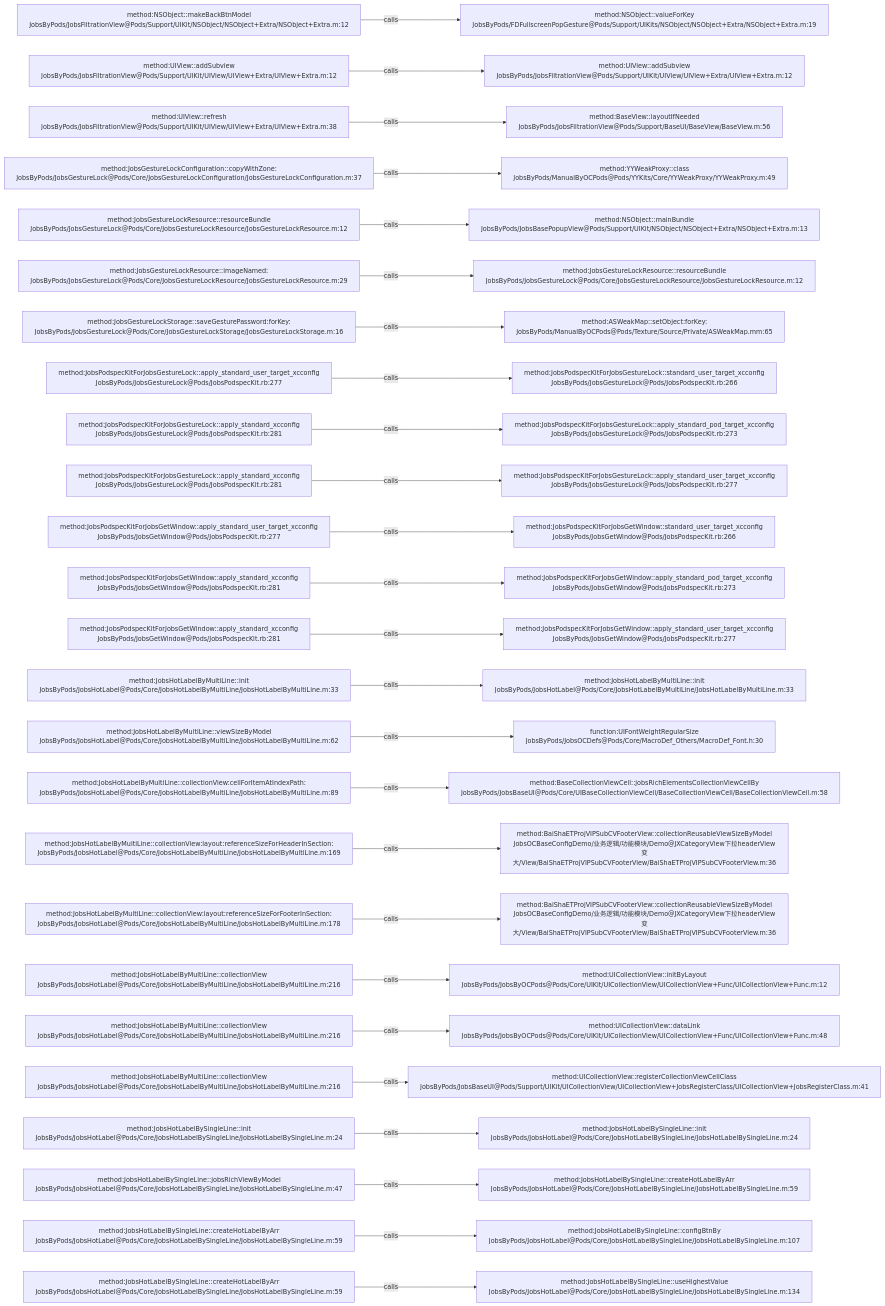
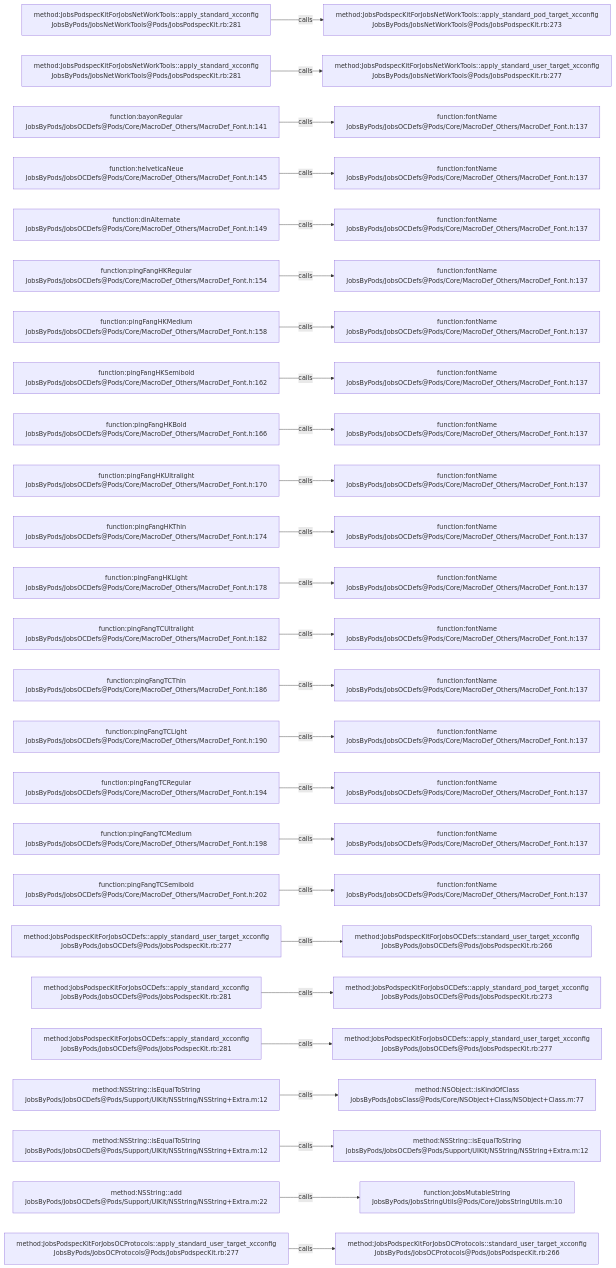
Before and after one commit to JobsKits/JobsOCBaseConfigDemo: the diagram in .codegraph/codegraph.md/graphs/calls-095.md, drawn with Mermaid. The commit also changed 573 other files, not shown here.

````diff
--- a/.codegraph/codegraph.md/graphs/calls-095.md
+++ b/.codegraph/codegraph.md/graphs/calls-095.md
@@ -13,78 +13,78 @@
 ```mermaid
 flowchart LR
-  S1["method:NSObject::makeBackBtnModel<br/>JobsByPods/JobsFiltrationView@Pods/Support/UIKit/NSObject/NSObject+Extra/NSObject+Extra.m:12"]
-  T1["method:NSObject::valueForKey<br/>JobsByPods/FDFullscreenPopGesture@Pods/Support/UIKits/NSObject/NSObject+Extra/NSObject+Extra.m:19"]
+  S1["method:JobsPodspecKitForJobsNetWorkTools::apply_standard_xcconfig<br/>JobsByPods/JobsNetWorkTools@Pods/JobsPodspecKit.rb:281"]
+  T1["method:JobsPodspecKitForJobsNetWorkTools::apply_standard_pod_target_xcconfig<br/>JobsByPods/JobsNetWorkTools@Pods/JobsPodspecKit.rb:273"]
   S1 -->|calls| T1
-  S2["method:UIView::addSubview<br/>JobsByPods/JobsFiltrationView@Pods/Support/UIKit/UIView/UIView+Extra/UIView+Extra.m:12"]
-  T2["method:UIView::addSubview<br/>JobsByPods/JobsFiltrationView@Pods/Support/UIKit/UIView/UIView+Extra/UIView+Extra.m:12"]
+  S2["method:JobsPodspecKitForJobsNetWorkTools::apply_standard_xcconfig<br/>JobsByPods/JobsNetWorkTools@Pods/JobsPodspecKit.rb:281"]
+  T2["method:JobsPodspecKitForJobsNetWorkTools::apply_standard_user_target_xcconfig<br/>JobsByPods/JobsNetWorkTools@Pods/JobsPodspecKit.rb:277"]
   S2 -->|calls| T2
-  S3["method:UIView::refresh<br/>JobsByPods/JobsFiltrationView@Pods/Support/UIKit/UIView/UIView+Extra/UIView+Extra.m:38"]
-  T3["method:BaseView::layoutIfNeeded<br/>JobsByPods/JobsFiltrationView@Pods/Support/BaseUI/BaseView/BaseView.m:56"]
+  S3["function:bayonRegular<br/>JobsByPods/JobsOCDefs@Pods/Core/MacroDef_Others/MacroDef_Font.h:141"]
+  T3["function:fontName<br/>JobsByPods/JobsOCDefs@Pods/Core/MacroDef_Others/MacroDef_Font.h:137"]
   S3 -->|calls| T3
-  S4["method:JobsGestureLockConfiguration::copyWithZone:<br/>JobsByPods/JobsGestureLock@Pods/Core/JobsGestureLockConfiguration/JobsGestureLockConfiguration.m:37"]
-  T4["method:YYWeakProxy::class<br/>JobsByPods/ManualByOCPods@Pods/YYKits/Core/YYWeakProxy/YYWeakProxy.m:49"]
+  S4["function:helveticaNeue<br/>JobsByPods/JobsOCDefs@Pods/Core/MacroDef_Others/MacroDef_Font.h:145"]
+  T4["function:fontName<br/>JobsByPods/JobsOCDefs@Pods/Core/MacroDef_Others/MacroDef_Font.h:137"]
   S4 -->|calls| T4
-  S5["method:JobsGestureLockResource::resourceBundle<br/>JobsByPods/JobsGestureLock@Pods/Core/JobsGestureLockResource/JobsGestureLockResource.m:12"]
-  T5["method:NSObject::mainBundle<br/>JobsByPods/JobsBasePopupView@Pods/Support/UIKit/NSObject/NSObject+Extra/NSObject+Extra.m:13"]
+  S5["function:dinAlternate<br/>JobsByPods/JobsOCDefs@Pods/Core/MacroDef_Others/MacroDef_Font.h:149"]
+  T5["function:fontName<br/>JobsByPods/JobsOCDefs@Pods/Core/MacroDef_Others/MacroDef_Font.h:137"]
   S5 -->|calls| T5
-  S6["method:JobsGestureLockResource::imageNamed:<br/>JobsByPods/JobsGestureLock@Pods/Core/JobsGestureLockResource/JobsGestureLockResource.m:29"]
-  T6["method:JobsGestureLockResource::resourceBundle<br/>JobsByPods/JobsGestureLock@Pods/Core/JobsGestureLockResource/JobsGestureLockResource.m:12"]
+  S6["function:pingFangHKRegular<br/>JobsByPods/JobsOCDefs@Pods/Core/MacroDef_Others/MacroDef_Font.h:154"]
+  T6["function:fontName<br/>JobsByPods/JobsOCDefs@Pods/Core/MacroDef_Others/MacroDef_Font.h:137"]
   S6 -->|calls| T6
-  S7["method:JobsGestureLockStorage::saveGesturePassword:forKey:<br/>JobsByPods/JobsGestureLock@Pods/Core/JobsGestureLockStorage/JobsGestureLockStorage.m:16"]
-  T7["method:ASWeakMap::setObject:forKey:<br/>JobsByPods/ManualByOCPods@Pods/Texture/Source/Private/ASWeakMap.mm:65"]
+  S7["function:pingFangHKMedium<br/>JobsByPods/JobsOCDefs@Pods/Core/MacroDef_Others/MacroDef_Font.h:158"]
+  T7["function:fontName<br/>JobsByPods/JobsOCDefs@Pods/Core/MacroDef_Others/MacroDef_Font.h:137"]
   S7 -->|calls| T7
-  S8["method:JobsPodspecKitForJobsGestureLock::apply_standard_user_target_xcconfig<br/>JobsByPods/JobsGestureLock@Pods/JobsPodspecKit.rb:277"]
-  T8["method:JobsPodspecKitForJobsGestureLock::standard_user_target_xcconfig<br/>JobsByPods/JobsGestureLock@Pods/JobsPodspecKit.rb:266"]
+  S8["function:pingFangHKSemibold<br/>JobsByPods/JobsOCDefs@Pods/Core/MacroDef_Others/MacroDef_Font.h:162"]
+  T8["function:fontName<br/>JobsByPods/JobsOCDefs@Pods/Core/MacroDef_Others/MacroDef_Font.h:137"]
   S8 -->|calls| T8
-  S9["method:JobsPodspecKitForJobsGestureLock::apply_standard_xcconfig<br/>JobsByPods/JobsGestureLock@Pods/JobsPodspecKit.rb:281"]
-  T9["method:JobsPodspecKitForJobsGestureLock::apply_standard_pod_target_xcconfig<br/>JobsByPods/JobsGestureLock@Pods/JobsPodspecKit.rb:273"]
+  S9["function:pingFangHKBold<br/>JobsByPods/JobsOCDefs@Pods/Core/MacroDef_Others/MacroDef_Font.h:166"]
+  T9["function:fontName<br/>JobsByPods/JobsOCDefs@Pods/Core/MacroDef_Others/MacroDef_Font.h:137"]
   S9 -->|calls| T9
-  S10["method:JobsPodspecKitForJobsGestureLock::apply_standard_xcconfig<br/>JobsByPods/JobsGestureLock@Pods/JobsPodspecKit.rb:281"]
-  T10["method:JobsPodspecKitForJobsGestureLock::apply_standard_user_target_xcconfig<br/>JobsByPods/JobsGestureLock@Pods/JobsPodspecKit.rb:277"]
+  S10["function:pingFangHKUltralight<br/>JobsByPods/JobsOCDefs@Pods/Core/MacroDef_Others/MacroDef_Font.h:170"]
+  T10["function:fontName<br/>JobsByPods/JobsOCDefs@Pods/Core/MacroDef_Others/MacroDef_Font.h:137"]
   S10 -->|calls| T10
-  S11["method:JobsPodspecKitForJobsGetWindow::apply_standard_user_target_xcconfig<br/>JobsByPods/JobsGetWindow@Pods/JobsPodspecKit.rb:277"]
-  T11["method:JobsPodspecKitForJobsGetWindow::standard_user_target_xcconfig<br/>JobsByPods/JobsGetWindow@Pods/JobsPodspecKit.rb:266"]
+  S11["function:pingFangHKThin<br/>JobsByPods/JobsOCDefs@Pods/Core/MacroDef_Others/MacroDef_Font.h:174"]
+  T11["function:fontName<br/>JobsByPods/JobsOCDefs@Pods/Core/MacroDef_Others/MacroDef_Font.h:137"]
   S11 -->|calls| T11
-  S12["method:JobsPodspecKitForJobsGetWindow::apply_standard_xcconfig<br/>JobsByPods/JobsGetWindow@Pods/JobsPodspecKit.rb:281"]
-  T12["method:JobsPodspecKitForJobsGetWindow::apply_standard_pod_target_xcconfig<br/>JobsByPods/JobsGetWindow@Pods/JobsPodspecKit.rb:273"]
+  S12["function:pingFangHKLight<br/>JobsByPods/JobsOCDefs@Pods/Core/MacroDef_Others/MacroDef_Font.h:178"]
+  T12["function:fontName<br/>JobsByPods/JobsOCDefs@Pods/Core/MacroDef_Others/MacroDef_Font.h:137"]
   S12 -->|calls| T12
-  S13["method:JobsPodspecKitForJobsGetWindow::apply_standard_xcconfig<br/>JobsByPods/JobsGetWindow@Pods/JobsPodspecKit.rb:281"]
-  T13["method:JobsPodspecKitForJobsGetWindow::apply_standard_user_target_xcconfig<br/>JobsByPods/JobsGetWindow@Pods/JobsPodspecKit.rb:277"]
+  S13["function:pingFangTCUltralight<br/>JobsByPods/JobsOCDefs@Pods/Core/MacroDef_Others/MacroDef_Font.h:182"]
+  T13["function:fontName<br/>JobsByPods/JobsOCDefs@Pods/Core/MacroDef_Others/MacroDef_Font.h:137"]
   S13 -->|calls| T13
-  S14["method:JobsHotLabelByMultiLine::init<br/>JobsByPods/JobsHotLabel@Pods/Core/JobsHotLabelByMultiLine/JobsHotLabelByMultiLine.m:33"]
-  T14["method:JobsHotLabelByMultiLine::init<br/>JobsByPods/JobsHotLabel@Pods/Core/JobsHotLabelByMultiLine/JobsHotLabelByMultiLine.m:33"]
+  S14["function:pingFangTCThin<br/>JobsByPods/JobsOCDefs@Pods/Core/MacroDef_Others/MacroDef_Font.h:186"]
+  T14["function:fontName<br/>JobsByPods/JobsOCDefs@Pods/Core/MacroDef_Others/MacroDef_Font.h:137"]
   S14 -->|calls| T14
-  S15["method:JobsHotLabelByMultiLine::viewSizeByModel<br/>JobsByPods/JobsHotLabel@Pods/Core/JobsHotLabelByMultiLine/JobsHotLabelByMultiLine.m:62"]
-  T15["function:UIFontWeightRegularSize<br/>JobsByPods/JobsOCDefs@Pods/Core/MacroDef_Others/MacroDef_Font.h:30"]
+  S15["function:pingFangTCLight<br/>JobsByPods/JobsOCDefs@Pods/Core/MacroDef_Others/MacroDef_Font.h:190"]
+  T15["function:fontName<br/>JobsByPods/JobsOCDefs@Pods/Core/MacroDef_Others/MacroDef_Font.h:137"]
   S15 -->|calls| T15
-  S16["method:JobsHotLabelByMultiLine::collectionView:cellForItemAtIndexPath:<br/>JobsByPods/JobsHotLabel@Pods/Core/JobsHotLabelByMultiLine/JobsHotLabelByMultiLine.m:89"]
-  T16["method:BaseCollectionViewCell::jobsRichElementsCollectionViewCellBy<br/>JobsByPods/JobsBaseUI@Pods/Core/UIBaseCollectionViewCell/BaseCollectionViewCell/BaseCollectionViewCell.m:58"]
+  S16["function:pingFangTCRegular<br/>JobsByPods/JobsOCDefs@Pods/Core/MacroDef_Others/MacroDef_Font.h:194"]
+  T16["function:fontName<br/>JobsByPods/JobsOCDefs@Pods/Core/MacroDef_Others/MacroDef_Font.h:137"]
   S16 -->|calls| T16
-  S17["method:JobsHotLabelByMultiLine::collectionView:layout:referenceSizeForHeaderInSection:<br/>JobsByPods/JobsHotLabel@Pods/Core/JobsHotLabelByMultiLine/JobsHotLabelByMultiLine.m:169"]
-  T17["method:BaiShaETProjVIPSubCVFooterView::collectionReusableViewSizeByModel<br/>JobsOCBaseConfigDemo/业务逻辑/功能模块/Demo@JXCategoryView下拉headerView变大/View/BaiShaETProjVIPSubCVFooterView/BaiShaETProjVIPSubCVFooterView.m:36"]
+  S17["function:pingFangTCMedium<br/>JobsByPods/JobsOCDefs@Pods/Core/MacroDef_Others/MacroDef_Font.h:198"]
+  T17["function:fontName<br/>JobsByPods/JobsOCDefs@Pods/Core/MacroDef_Others/MacroDef_Font.h:137"]
   S17 -->|calls| T17
-  S18["method:JobsHotLabelByMultiLine::collectionView:layout:referenceSizeForFooterInSection:<br/>JobsByPods/JobsHotLabel@Pods/Core/JobsHotLabelByMultiLine/JobsHotLabelByMultiLine.m:178"]
-  T18["method:BaiShaETProjVIPSubCVFooterView::collectionReusableViewSizeByModel<br/>JobsOCBaseConfigDemo/业务逻辑/功能模块/Demo@JXCategoryView下拉headerView变大/View/BaiShaETProjVIPSubCVFooterView/BaiShaETProjVIPSubCVFooterView.m:36"]
+  S18["function:pingFangTCSemibold<br/>JobsByPods/JobsOCDefs@Pods/Core/MacroDef_Others/MacroDef_Font.h:202"]
+  T18["function:fontName<br/>JobsByPods/JobsOCDefs@Pods/Core/MacroDef_Others/MacroDef_Font.h:137"]
   S18 -->|calls| T18
-  S19["method:JobsHotLabelByMultiLine::collectionView<br/>JobsByPods/JobsHotLabel@Pods/Core/JobsHotLabelByMultiLine/JobsHotLabelByMultiLine.m:216"]
-  T19["method:UICollectionView::initByLayout<br/>JobsByPods/JobsByOCPods@Pods/Core/UIKit/UICollectionView/UICollectionView+Func/UICollectionView+Func.m:12"]
+  S19["method:JobsPodspecKitForJobsOCDefs::apply_standard_user_target_xcconfig<br/>JobsByPods/JobsOCDefs@Pods/JobsPodspecKit.rb:277"]
+  T19["method:JobsPodspecKitForJobsOCDefs::standard_user_target_xcconfig<br/>JobsByPods/JobsOCDefs@Pods/JobsPodspecKit.rb:266"]
   S19 -->|calls| T19
-  S20["method:JobsHotLabelByMultiLine::collectionView<br/>JobsByPods/JobsHotLabel@Pods/Core/JobsHotLabelByMultiLine/JobsHotLabelByMultiLine.m:216"]
-  T20["method:UICollectionView::dataLink<br/>JobsByPods/JobsByOCPods@Pods/Core/UIKit/UICollectionView/UICollectionView+Func/UICollectionView+Func.m:48"]
+  S20["method:JobsPodspecKitForJobsOCDefs::apply_standard_xcconfig<br/>JobsByPods/JobsOCDefs@Pods/JobsPodspecKit.rb:281"]
+  T20["method:JobsPodspecKitForJobsOCDefs::apply_standard_pod_target_xcconfig<br/>JobsByPods/JobsOCDefs@Pods/JobsPodspecKit.rb:273"]
   S20 -->|calls| T20
-  S21["method:JobsHotLabelByMultiLine::collectionView<br/>JobsByPods/JobsHotLabel@Pods/Core/JobsHotLabelByMultiLine/JobsHotLabelByMultiLine.m:216"]
-  T21["method:UICollectionView::registerCollectionViewCellClass<br/>JobsByPods/JobsBaseUI@Pods/Support/UIKit/UICollectionView/UICollectionView+JobsRegisterClass/UICollectionView+JobsRegisterClass.m:41"]
+  S21["method:JobsPodspecKitForJobsOCDefs::apply_standard_xcconfig<br/>JobsByPods/JobsOCDefs@Pods/JobsPodspecKit.rb:281"]
+  T21["method:JobsPodspecKitForJobsOCDefs::apply_standard_user_target_xcconfig<br/>JobsByPods/JobsOCDefs@Pods/JobsPodspecKit.rb:277"]
   S21 -->|calls| T21
-  S22["method:JobsHotLabelBySingleLine::init<br/>JobsByPods/JobsHotLabel@Pods/Core/JobsHotLabelBySingleLine/JobsHotLabelBySingleLine.m:24"]
-  T22["method:JobsHotLabelBySingleLine::init<br/>JobsByPods/JobsHotLabel@Pods/Core/JobsHotLabelBySingleLine/JobsHotLabelBySingleLine.m:24"]
+  S22["method:NSString::isEqualToString<br/>JobsByPods/JobsOCDefs@Pods/Support/UIKit/NSString/NSString+Extra.m:12"]
+  T22["method:NSObject::isKindOfClass<br/>JobsByPods/JobsClass@Pods/Core/NSObject+Class/NSObject+Class.m:77"]
   S22 -->|calls| T22
-  S23["method:JobsHotLabelBySingleLine::jobsRichViewByModel<br/>JobsByPods/JobsHotLabel@Pods/Core/JobsHotLabelBySingleLine/JobsHotLabelBySingleLine.m:47"]
-  T23["method:JobsHotLabelBySingleLine::createHotLabelByArr<br/>JobsByPods/JobsHotLabel@Pods/Core/JobsHotLabelBySingleLine/JobsHotLabelBySingleLine.m:59"]
+  S23["method:NSString::isEqualToString<br/>JobsByPods/JobsOCDefs@Pods/Support/UIKit/NSString/NSString+Extra.m:12"]
+  T23["method:NSString::isEqualToString<br/>JobsByPods/JobsOCDefs@Pods/Support/UIKit/NSString/NSString+Extra.m:12"]
   S23 -->|calls| T23
-  S24["method:JobsHotLabelBySingleLine::createHotLabelByArr<br/>JobsByPods/JobsHotLabel@Pods/Core/JobsHotLabelBySingleLine/JobsHotLabelBySingleLine.m:59"]
-  T24["method:JobsHotLabelBySingleLine::configBtnBy<br/>JobsByPods/JobsHotLabel@Pods/Core/JobsHotLabelBySingleLine/JobsHotLabelBySingleLine.m:107"]
+  S24["method:NSString::add<br/>JobsByPods/JobsOCDefs@Pods/Support/UIKit/NSString/NSString+Extra.m:22"]
+  T24["function:JobsMutableString<br/>JobsByPods/JobsStringUtils@Pods/Core/JobsStringUtils.m:10"]
   S24 -->|calls| T24
-  S25["method:JobsHotLabelBySingleLine::createHotLabelByArr<br/>JobsByPods/JobsHotLabel@Pods/Core/JobsHotLabelBySingleLine/JobsHotLabelBySingleLine.m:59"]
-  T25["method:JobsHotLabelBySingleLine::useHighestValue<br/>JobsByPods/JobsHotLabel@Pods/Core/JobsHotLabelBySingleLine/JobsHotLabelBySingleLine.m:134"]
+  S25["method:JobsPodspecKitForJobsOCProtocols::apply_standard_user_target_xcconfig<br/>JobsByPods/JobsOCProtocols@Pods/JobsPodspecKit.rb:277"]
+  T25["method:JobsPodspecKitForJobsOCProtocols::standard_user_target_xcconfig<br/>JobsByPods/JobsOCProtocols@Pods/JobsPodspecKit.rb:266"]
   S25 -->|calls| T25
 ```
````
